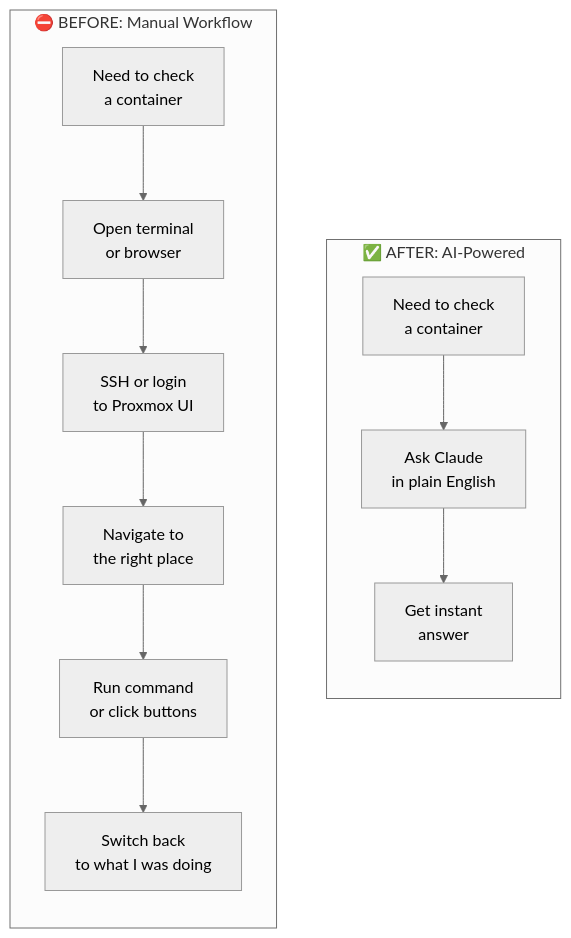
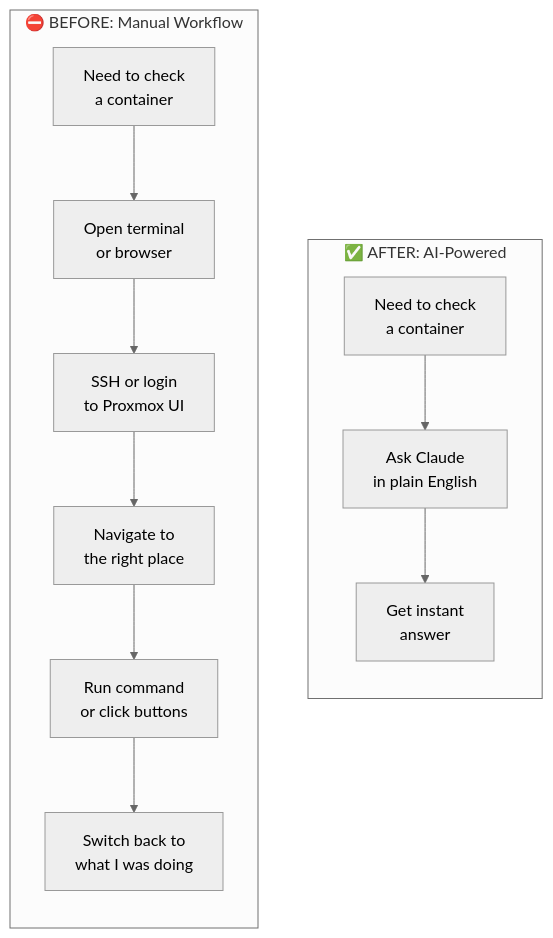
Before and after one commit to jdlocklin-backyard/codeandcamera: the first of 3 diagrams in docs/homelab/mcp-proxmox-infrastructure.md, drawn with Mermaid (neutral theme). The commit also changed other lines of this file, not shown here.

Commit message:
Fix Mermaid line breaks: replace \n with <br/> for proper rendering

````diff
--- a/docs/homelab/mcp-proxmox-infrastructure.md
+++ b/docs/homelab/mcp-proxmox-infrastructure.md
@@ -78,19 +78,19 @@
 ```mermaid
 flowchart LR
     subgraph before["⛔ BEFORE: Manual Workflow"]
         direction TB
-        B1["Need to check\na container"] --> B2["Open terminal\nor browser"]
-        B2 --> B3["SSH or login\nto Proxmox UI"]
-        B3 --> B4["Navigate to\nthe right place"]
-        B4 --> B5["Run command\nor click buttons"]
-        B5 --> B6["Switch back\nto what I was doing"]
+        B1["Need to check<br/>a container"] --> B2["Open terminal<br/>or browser"]
+        B2 --> B3["SSH or login<br/>to Proxmox UI"]
+        B3 --> B4["Navigate to<br/>the right place"]
+        B4 --> B5["Run command<br/>or click buttons"]
+        B5 --> B6["Switch back to<br/>what I was doing"]
     end
 
     subgraph after["✅ AFTER: AI-Powered"]
         direction TB
-        A1["Need to check\na container"] --> A2["Ask Claude\nin plain English"]
-        A2 --> A3["Get instant\nanswer"]
+        A1["Need to check<br/>a container"] --> A2["Ask Claude<br/>in plain English"]
+        A2 --> A3["Get instant<br/>answer"]
     end
 
     before ~~~ after
 ```
````
